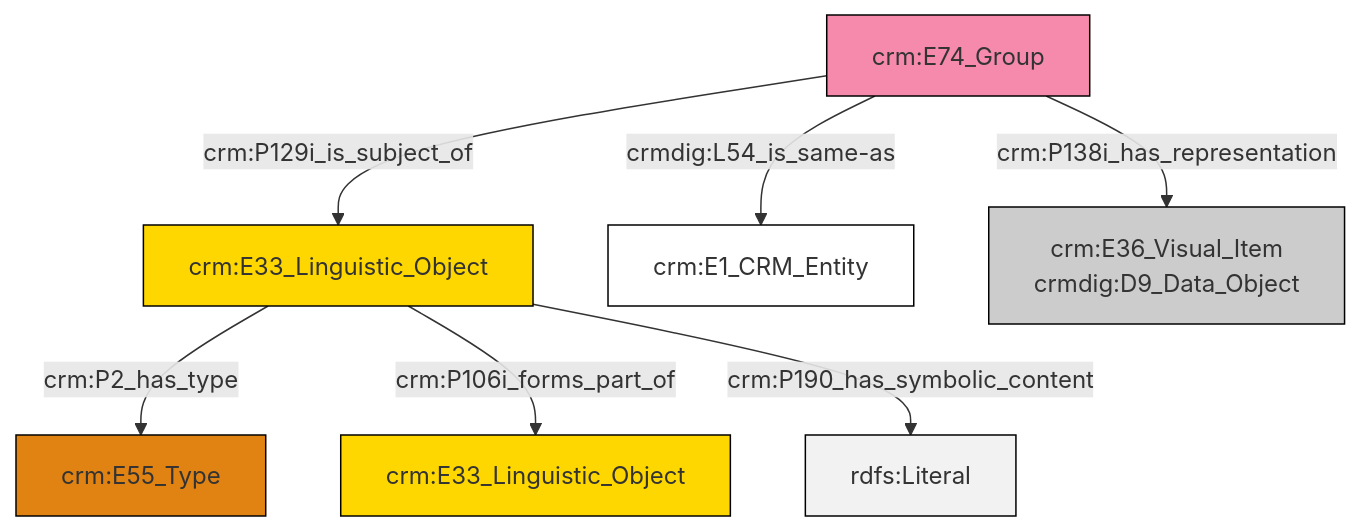
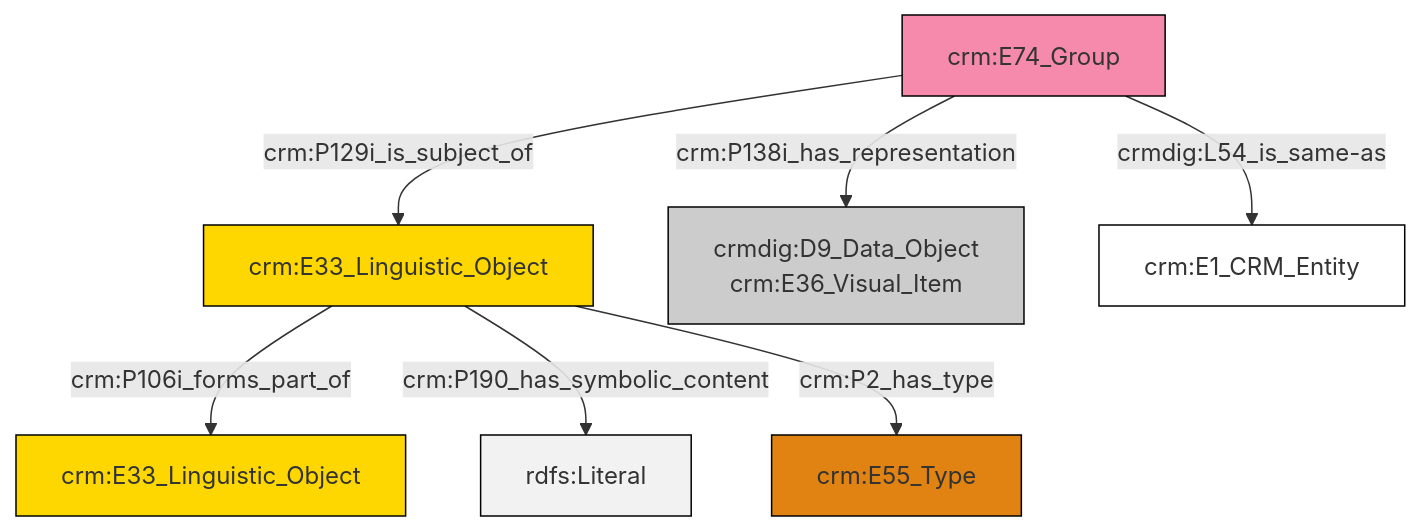
One commit to swiss-art-research-net/reference-data-models changed the diagram in et/groupCSV/ttl/mmd/group_documentation.ttl.mmd. Above: the diagram before and after it, drawn with Mermaid. The commit also changed 148 other files, not shown here.

```diff
--- a/et/groupCSV/ttl/mmd/group_documentation.ttl.mmd
+++ b/et/groupCSV/ttl/mmd/group_documentation.ttl.mmd
@@ -1,21 +1,21 @@
 graph TD
 classDef Literal fill:#f2f2f2,stroke:#000000;
 classDef CRM_Entity fill:#FFFFFF,stroke:#000000;
 classDef Temporal_Entity fill:#00C9E6, stroke:#000000;
 classDef Type fill:#E18312, stroke:#000000;
 classDef Time-Span fill:#2C9C91, stroke:#000000;
 classDef Appellation fill:#FFEB7F, stroke:#000000;
 classDef Place fill:#008836, stroke:#000000;
 classDef Persistent_Item fill:#B266B2, stroke:#000000;
 classDef Conceptual_Object fill:#FFD700, stroke:#000000;
 classDef Physical_Thing fill:#D2B48C, stroke:#000000;
 classDef Actor fill:#f58aad, stroke:#000000;
 classDef PC_Classes fill:#4ce600, stroke:#000000;
 classDef Multi fill:#cccccc,stroke:#000000;
 
-0["crm:E74_Group"]:::Actor -->|crm:P129i_is_subject_of| 1["crm:E33_Linguistic_Object"]:::Conceptual_Object
-1["crm:E33_Linguistic_Object"]:::Conceptual_Object -->|crm:P2_has_type| 4["crm:E55_Type"]:::Type
-0["crm:E74_Group"]:::Actor -->|crmdig:L54_is_same-as| 7["crm:E1_CRM_Entity"]:::CRM_Entity
-1["crm:E33_Linguistic_Object"]:::Conceptual_Object -->|crm:P106i_forms_part_of| 2["crm:E33_Linguistic_Object"]:::Conceptual_Object
-1["crm:E33_Linguistic_Object"]:::Conceptual_Object -->|crm:P190_has_symbolic_content| 12[rdfs:Literal]:::Literal
-0["crm:E74_Group"]:::Actor -->|crm:P138i_has_representation| 8["crm:E36_Visual_Item<br>crmdig:D9_Data_Object"]:::Multi
+4["crm:E74_Group"]:::Actor -->|crm:P129i_is_subject_of| 5["crm:E33_Linguistic_Object"]:::Conceptual_Object
+5["crm:E33_Linguistic_Object"]:::Conceptual_Object -->|crm:P106i_forms_part_of| 0["crm:E33_Linguistic_Object"]:::Conceptual_Object
+4["crm:E74_Group"]:::Actor -->|crm:P138i_has_representation| 6["crmdig:D9_Data_Object<br>crm:E36_Visual_Item"]:::Multi
+5["crm:E33_Linguistic_Object"]:::Conceptual_Object -->|crm:P190_has_symbolic_content| 10[rdfs:Literal]:::Literal
+4["crm:E74_Group"]:::Actor -->|crmdig:L54_is_same-as| 11["crm:E1_CRM_Entity"]:::CRM_Entity
+5["crm:E33_Linguistic_Object"]:::Conceptual_Object -->|crm:P2_has_type| 2["crm:E55_Type"]:::Type
```
